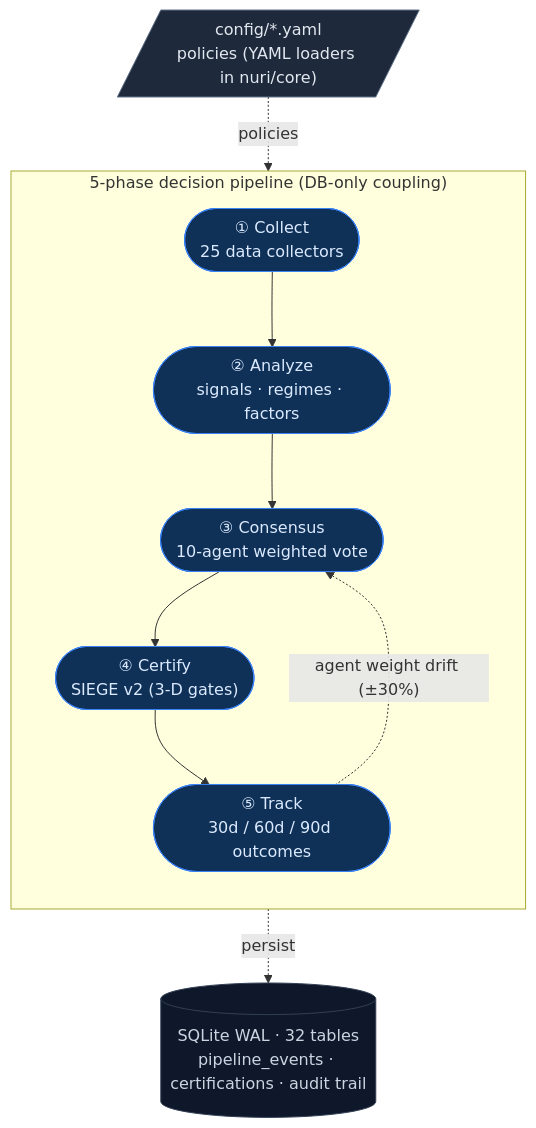
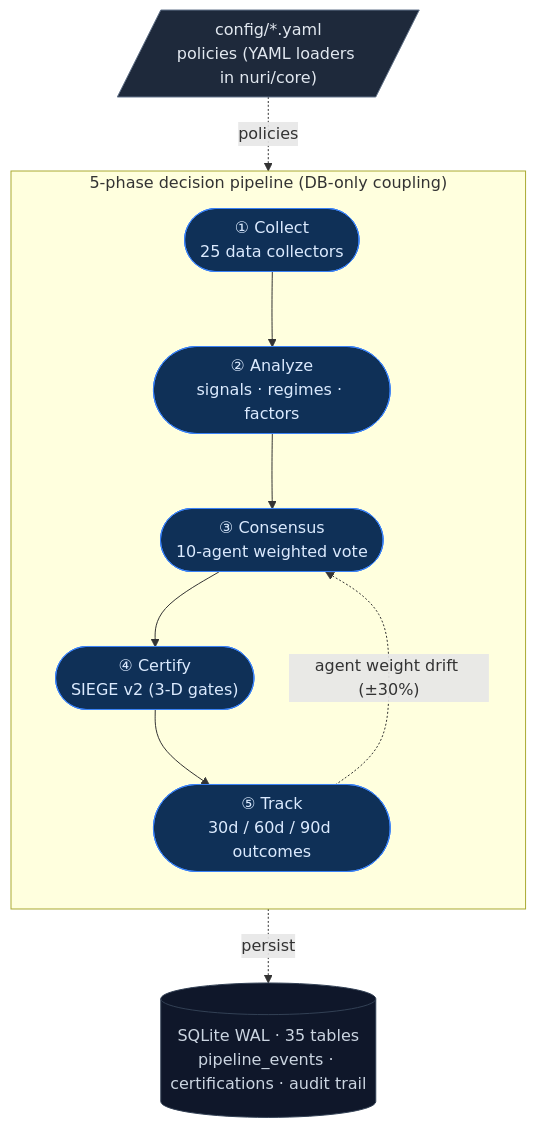
The diagram in README.md (researcherhojin/nuri-quant), drawn with Mermaid before and after one commit. The commit also changed 2 other files, not shown here.

Commit message:
docs: sync test count drift (3727→3764, 166→168 files) for #529 Phase 1
CI Doc Count Drift Check 통과용 mechanical sync.
nuri/agents/__init__.py + tests/agent_infra/test_base.py 추가로 backend
test files 166→168, total 3727→3764. db_tables 32→35 (3 신규 migrations).

scripts/sync_doc_counts.sh 자동 실행 결과.

🤖 Generated with [Claude Code](https://claude.com/claude-code)

````diff
--- a/README.md
+++ b/README.md
@@ -17,25 +17,25 @@
 ```mermaid
 flowchart TB
     CFG[/"config/*.yaml<br/>policies (YAML loaders in nuri/core)"/]:::source
 
     subgraph Pipeline["5-phase decision pipeline (DB-only coupling)"]
         direction TB
         A(["① Collect<br/>25 data collectors"]):::pipe
         B(["② Analyze<br/>signals · regimes · factors"]):::pipe
         C(["③ Consensus<br/>10-agent weighted vote"]):::pipe
         D(["④ Certify<br/>SIEGE v2 (3-D gates)"]):::pipe
         E(["⑤ Track<br/>30d / 60d / 90d outcomes"]):::pipe
 
         A --> B --> C --> D --> E
         E -. "agent weight drift (±30%)" .-> C
     end
 
-    DB[("SQLite WAL · 32 tables<br/>pipeline_events · certifications · audit trail")]:::sink
+    DB[("SQLite WAL · 35 tables<br/>pipeline_events · certifications · audit trail")]:::sink
 
     CFG -. policies .-> Pipeline
     Pipeline -. persist .-> DB
 
     classDef source fill:#1e293b,stroke:#64748b,color:#e2e8f0
     classDef pipe   fill:#0f3057,stroke:#3b82f6,color:#dbeafe
     classDef sink   fill:#0f172a,stroke:#334155,color:#cbd5e1
 ```
````
